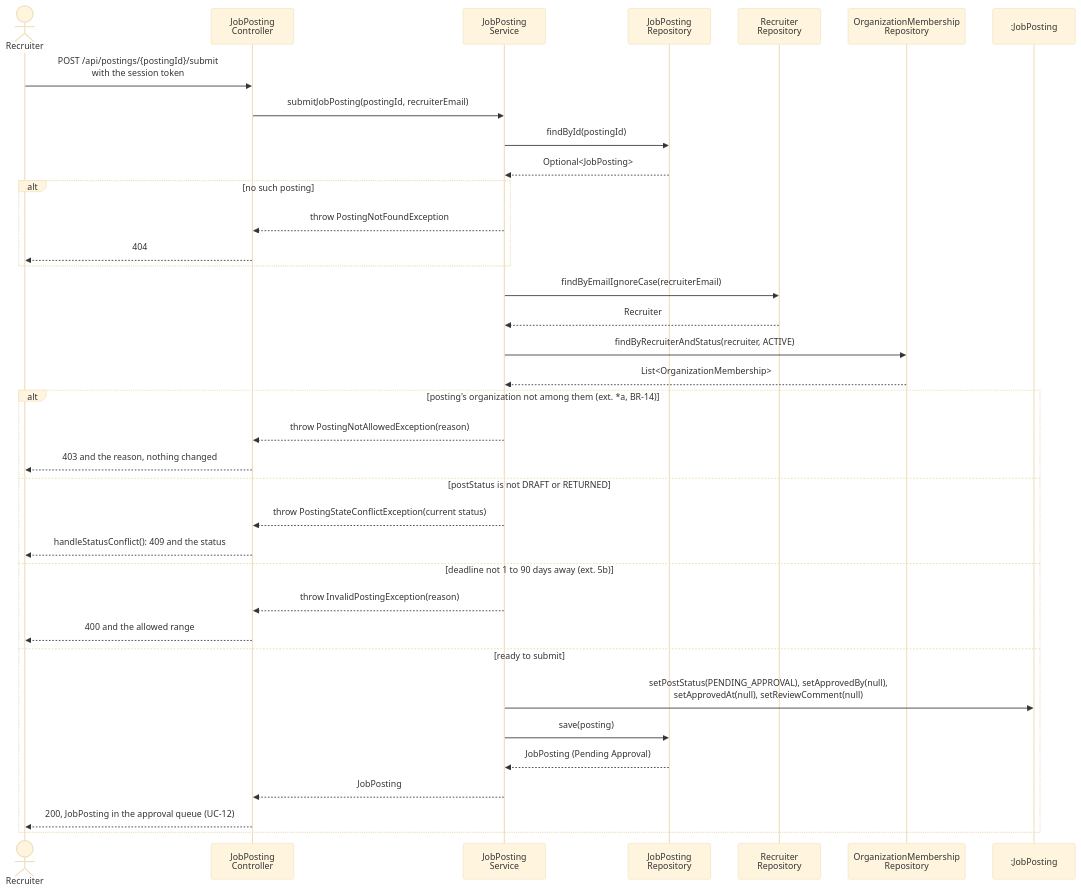
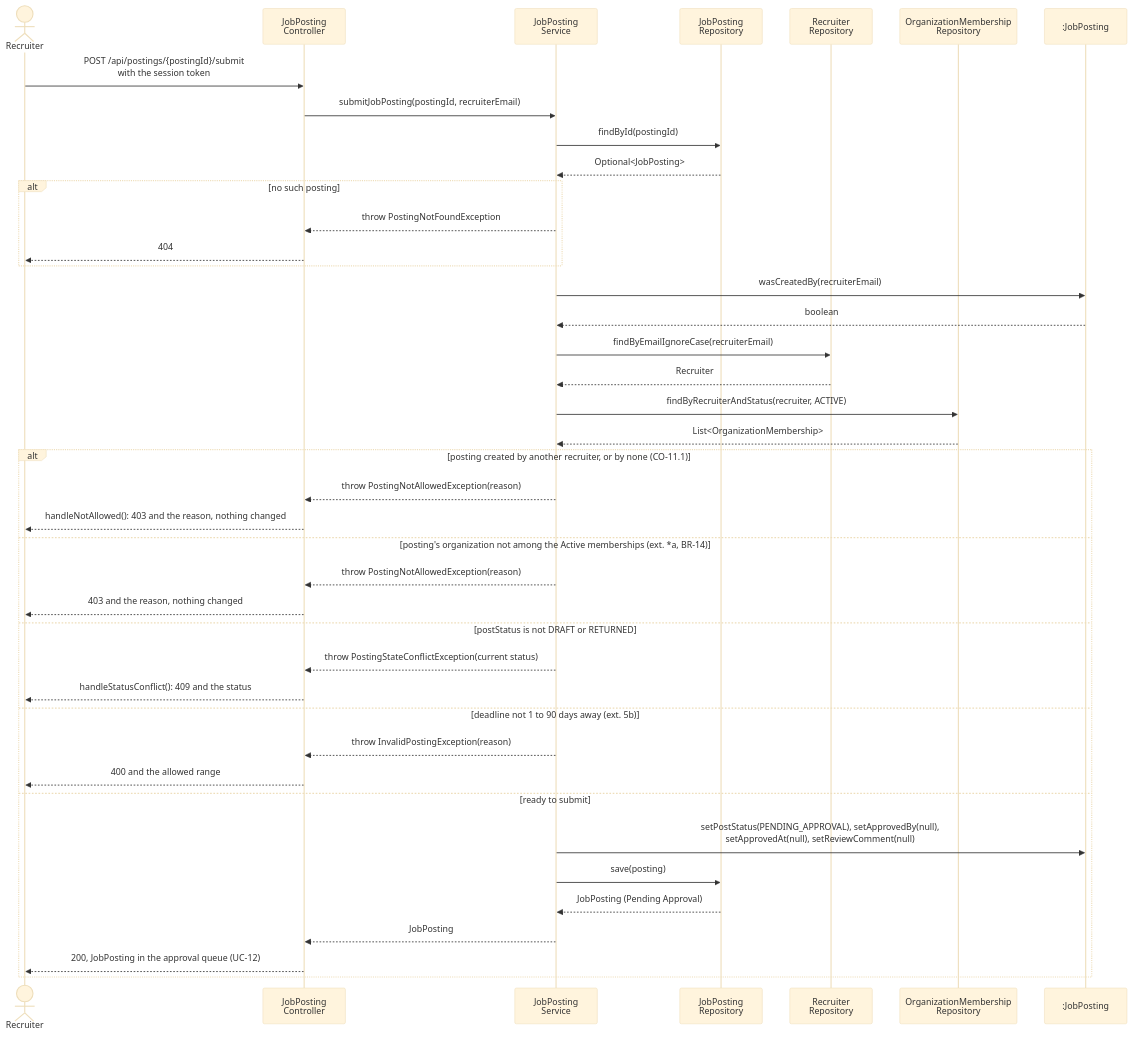
Before and after one commit to berdyshevol/careerbridge-csi5324: the seventh of 11 diagrams in spec/design.md, drawn with Mermaid (base theme). The commit also changed other lines of this file and 1 other file, not shown here.

````diff
--- a/spec/design.md
+++ b/spec/design.md
@@ -362,39 +363,44 @@
 ```mermaid
 sequenceDiagram
     actor R as Recruiter
     participant JC as JobPosting<br/>Controller
     participant JS as JobPosting<br/>Service
     participant JR as JobPosting<br/>Repository
     participant RR as Recruiter<br/>Repository
     participant MR as OrganizationMembership<br/>Repository
     participant P as :JobPosting
 
     R->>JC: POST /api/postings/{postingId}/submit<br/>with the session token
     JC->>JS: submitJobPosting(postingId, recruiterEmail)
     JS->>JR: findById(postingId)
     JR-->>JS: Optional<JobPosting>
     alt no such posting
         JS-->>JC: throw PostingNotFoundException
         JC-->>R: 404
     end
+    JS->>P: wasCreatedBy(recruiterEmail)
+    P-->>JS: boolean
     JS->>RR: findByEmailIgnoreCase(recruiterEmail)
     RR-->>JS: Recruiter
     JS->>MR: findByRecruiterAndStatus(recruiter, ACTIVE)
     MR-->>JS: List<OrganizationMembership>
-    alt posting's organization not among them (ext. *a, BR-14)
+    alt posting created by another recruiter, or by none (CO-11.1)
+        JS-->>JC: throw PostingNotAllowedException(reason)
+        JC-->>R: handleNotAllowed(): 403 and the reason, nothing changed
+    else posting's organization not among the Active memberships (ext. *a, BR-14)
         JS-->>JC: throw PostingNotAllowedException(reason)
         JC-->>R: 403 and the reason, nothing changed
     else postStatus is not DRAFT or RETURNED
         JS-->>JC: throw PostingStateConflictException(current status)
         JC-->>R: handleStatusConflict(): 409 and the status
     else deadline not 1 to 90 days away (ext. 5b)
         JS-->>JC: throw InvalidPostingException(reason)
         JC-->>R: 400 and the allowed range
     else ready to submit
         JS->>P: setPostStatus(PENDING_APPROVAL), setApprovedBy(null),<br/>setApprovedAt(null), setReviewComment(null)
         JS->>JR: save(posting)
         JR-->>JS: JobPosting (Pending Approval)
         JS-->>JC: JobPosting
         JC-->>R: 200, JobPosting in the approval queue (UC-12)
     end
 ```
````
